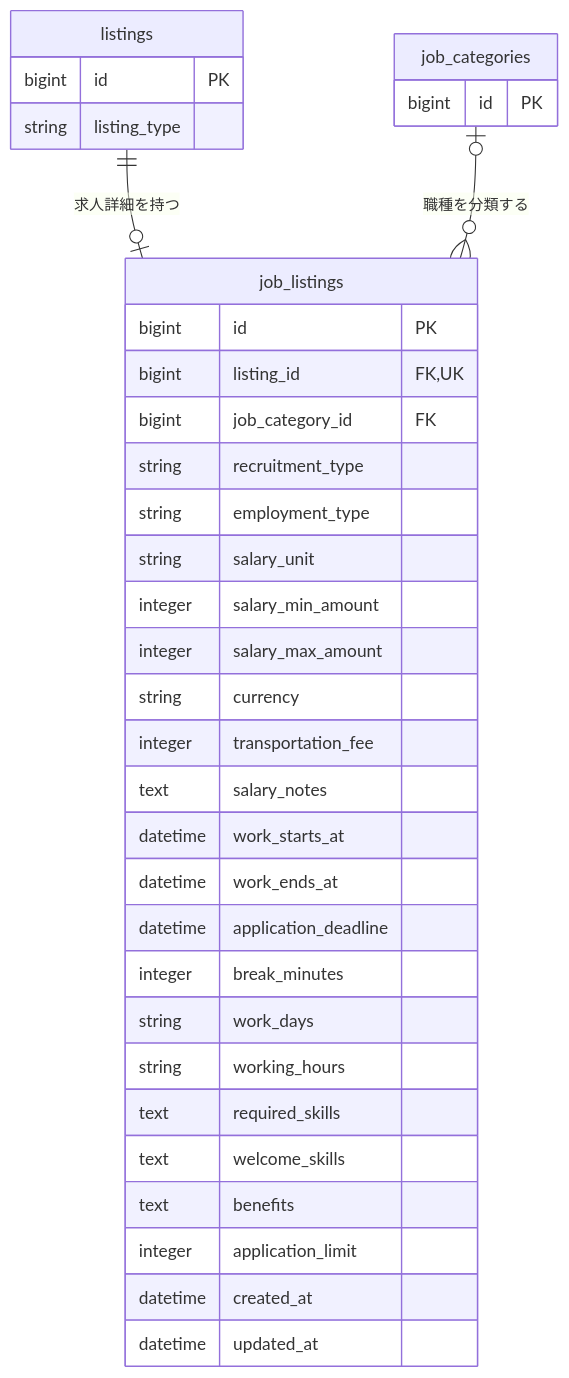
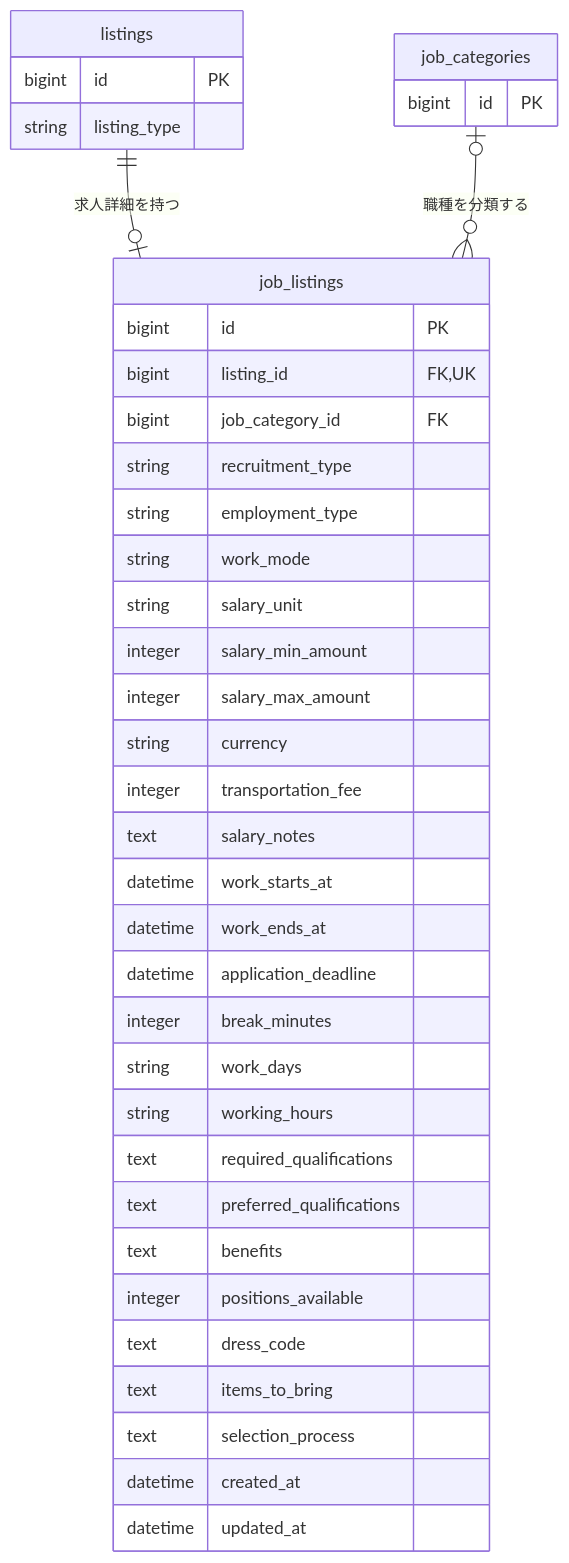
One commit to t0kio2/community-hub changed the third of 8 diagrams in docs/er/01-listing.md. Above: the diagram before and after it, drawn with Mermaid. The commit also changed other lines of this file and 3 other files, not shown here.

````diff
--- a/docs/er/01-listing.md
+++ b/docs/er/01-listing.md
@@ -84,40 +84,44 @@
 ```mermaid
 erDiagram
     listings {
         bigint id PK
         string listing_type
     }
 
     job_categories {
         bigint id PK
     }
 
     job_listings {
         bigint id PK
         bigint listing_id FK, UK
         bigint job_category_id FK
         string recruitment_type
         string employment_type
+        string work_mode
         string salary_unit
         integer salary_min_amount
         integer salary_max_amount
         string currency
         integer transportation_fee
         text salary_notes
         datetime work_starts_at
         datetime work_ends_at
         datetime application_deadline
         integer break_minutes
         string work_days
         string working_hours
-        text required_skills
-        text welcome_skills
+        text required_qualifications
+        text preferred_qualifications
         text benefits
-        integer application_limit
+        integer positions_available
+        text dress_code
+        text items_to_bring
+        text selection_process
         datetime created_at
         datetime updated_at
     }
 
     listings ||--o| job_listings : "求人詳細を持つ"
     job_categories o|--o{ job_listings : "職種を分類する"
 ```
````
